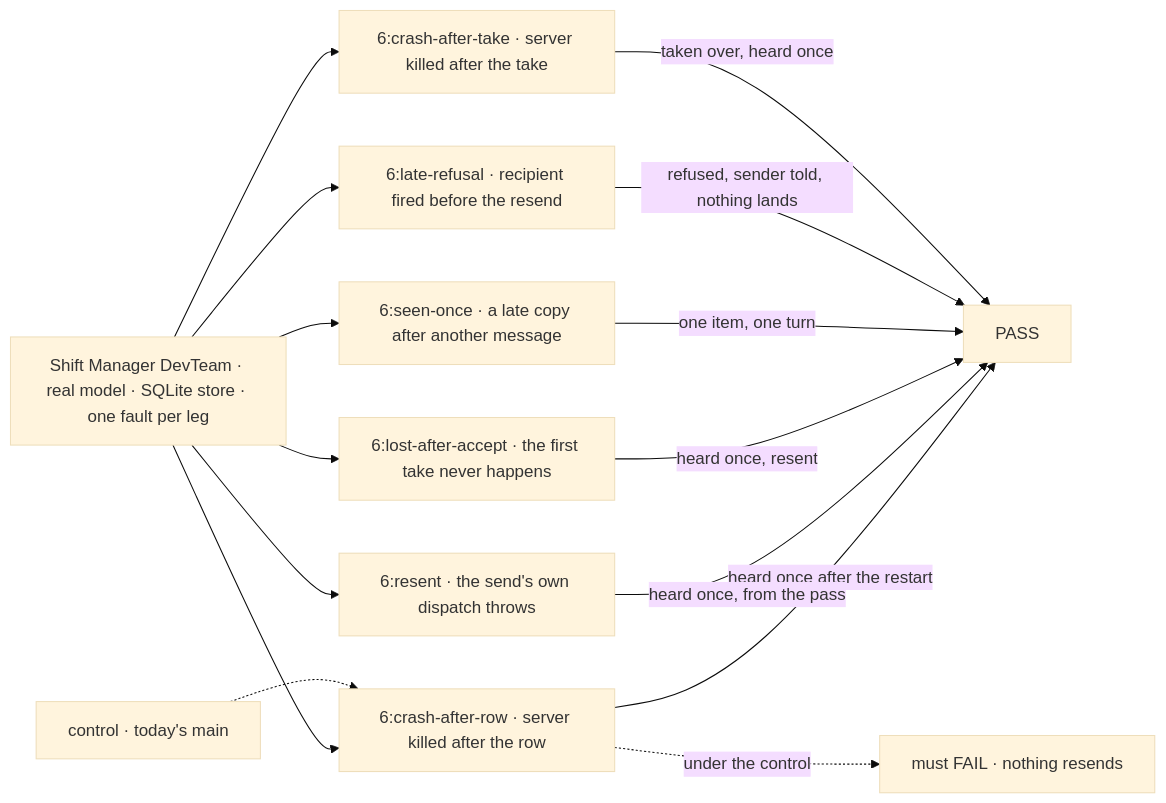
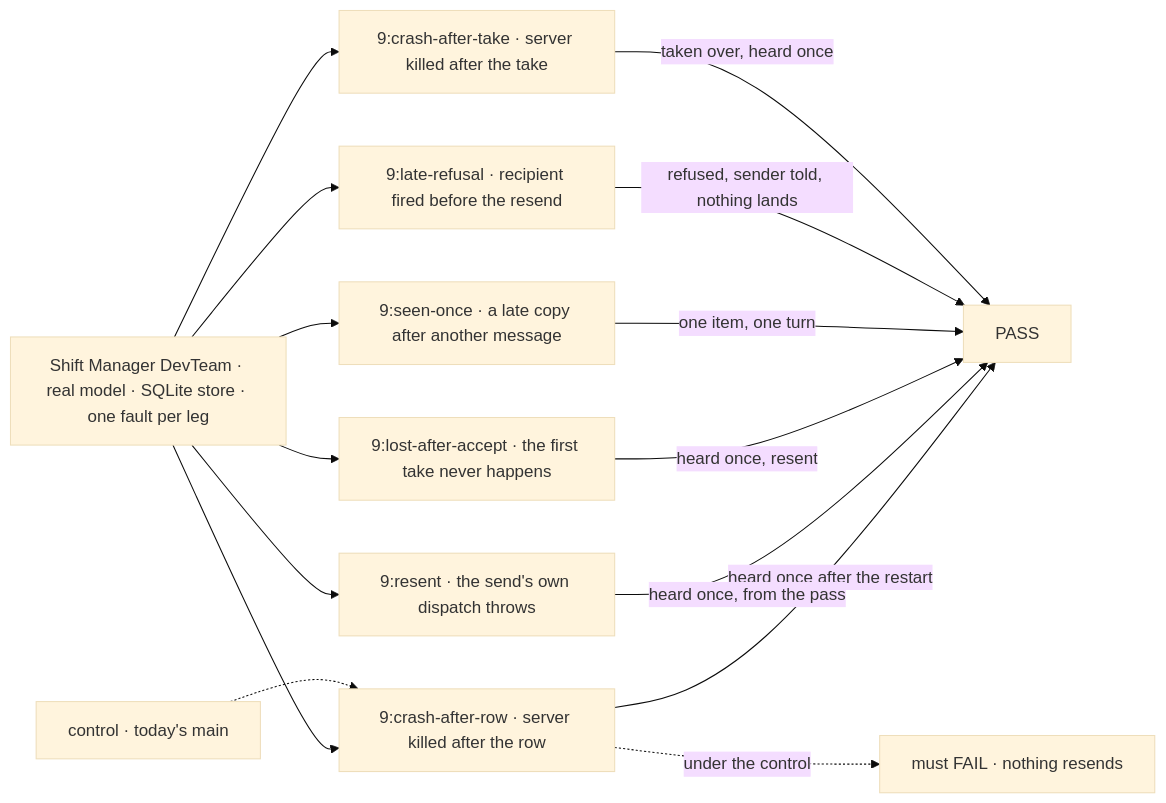
Before and after one commit to fixpoint-labs/flow-state-dev: the first of 3 diagrams in specs/issues/FIX-2240/SPEC.md, drawn with Mermaid (base theme). The commit also changed other lines of this file and 1 other file, not shown here.

Commit message:
spec(FIX-2240): keep a live send's owed id; renumber the goal leg to 9
Claude-Session: https://claude.ai/code/session_01NczDiDFT9s67hk1haKhCfg

````diff
--- a/specs/issues/FIX-2240/SPEC.md
+++ b/specs/issues/FIX-2240/SPEC.md
@@ -33,17 +33,17 @@
 ```mermaid
 flowchart LR
-  A["Shift Manager DevTeam · real model · SQLite store · one fault per leg"] --> L1["6:crash-after-row · server killed after the row"]
-  A --> L2["6:resent · the send's own dispatch throws"]
-  A --> L3["6:lost-after-accept · the first take never happens"]
-  A --> L4["6:seen-once · a late copy after another message"]
-  A --> L5["6:late-refusal · recipient fired before the resend"]
-  A --> L6["6:crash-after-take · server killed after the take"]
+  A["Shift Manager DevTeam · real model · SQLite store · one fault per leg"] --> L1["9:crash-after-row · server killed after the row"]
+  A --> L2["9:resent · the send's own dispatch throws"]
+  A --> L3["9:lost-after-accept · the first take never happens"]
+  A --> L4["9:seen-once · a late copy after another message"]
+  A --> L5["9:late-refusal · recipient fired before the resend"]
+  A --> L6["9:crash-after-take · server killed after the take"]
   L1 -->|"heard once after the restart"| P["PASS"]
   L2 -->|"heard once, from the pass"| P
   L3 -->|"heard once, resent"| P
   L4 -->|"one item, one turn"| P
   L5 -->|"refused, sender told, nothing lands"| P
   L6 -->|"taken over, heard once"| P
   C["control · today's main"] -.-> L1
   L1 -.->|"under the control"| F["must FAIL · nothing resends"]
 ```
````
